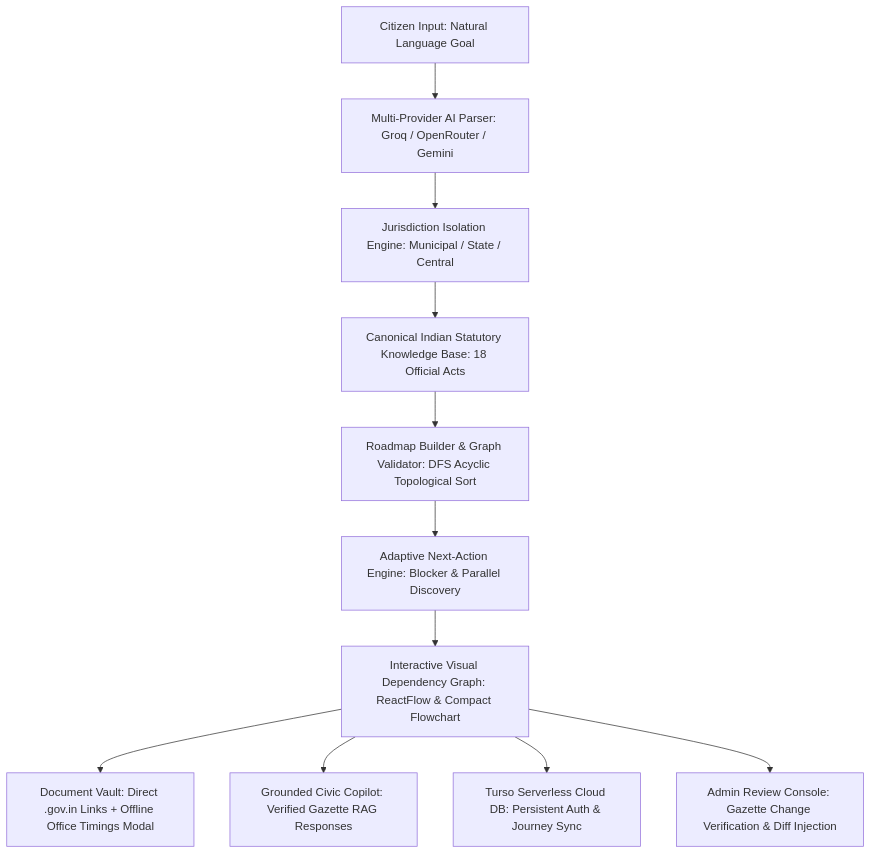
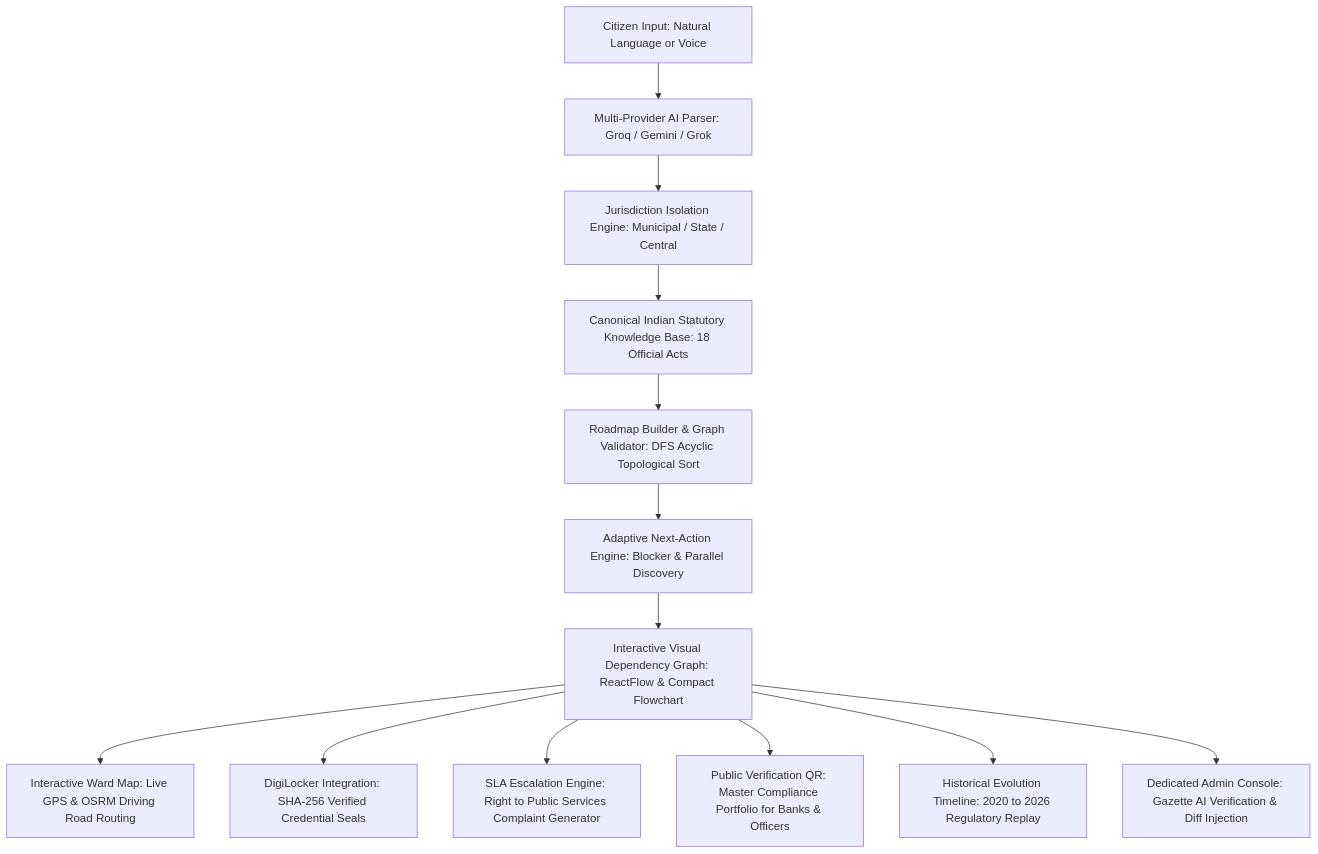
The diagram in docs/COMPLETE_PROJECT_GUIDE.md (thecodesofshreya07/DishaSaathi), drawn with Mermaid before and after one commit. The commit also changed other lines of this file and 2 other files, not shown here.

````diff
--- a/docs/COMPLETE_PROJECT_GUIDE.md
+++ b/docs/COMPLETE_PROJECT_GUIDE.md
@@ -37,13 +45,15 @@
 ```mermaid
 graph TD
-    A[Citizen Input: Natural Language Goal] --> B[Multi-Provider AI Parser: Groq / OpenRouter / Gemini]
+    A[Citizen Input: Natural Language or Voice] --> B[Multi-Provider AI Parser: Groq / Gemini / Grok]
     B --> C[Jurisdiction Isolation Engine: Municipal / State / Central]
     C --> D[Canonical Indian Statutory Knowledge Base: 18 Official Acts]
     D --> E[Roadmap Builder & Graph Validator: DFS Acyclic Topological Sort]
     E --> F[Adaptive Next-Action Engine: Blocker & Parallel Discovery]
     F --> G[Interactive Visual Dependency Graph: ReactFlow & Compact Flowchart]
-    G --> H[Document Vault: Direct .gov.in Links + Offline Office Timings Modal]
-    G --> I[Grounded Civic Copilot: Verified Gazette RAG Responses]
-    G --> J[Turso Serverless Cloud DB: Persistent Auth & Journey Sync]
-    G --> K[Admin Review Console: Gazette Change Verification & Diff Injection]
+    G --> H[Interactive Ward Map: Live GPS & OSRM Driving Road Routing]
+    G --> I[DigiLocker Integration: SHA-256 Verified Credential Seals]
+    G --> J[SLA Escalation Engine: Right to Public Services Complaint Generator]
+    G --> K[Public Verification QR: Master Compliance Portfolio for Banks & Officers]
+    G --> L[Historical Evolution Timeline: 2020 to 2026 Regulatory Replay]
+    G --> M[Dedicated Admin Console: Gazette AI Verification & Diff Injection]
 ```
````
